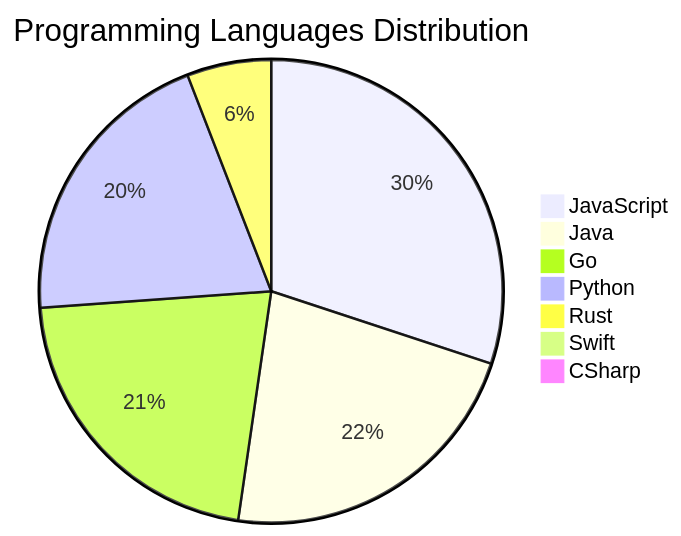
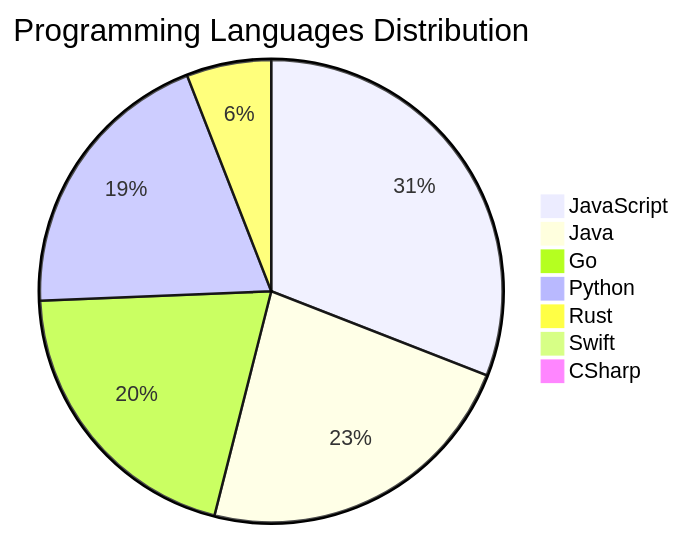
Before and after one commit to Derrick-MUGISHA/github-activity-bot: the diagram in README.md, drawn with Mermaid. The commit also changed other lines of this file and 4 other files, not shown here.

````diff
--- a/README.md
+++ b/README.md
@@ -207,10 +207,10 @@
 ```mermaid
 pie title Programming Languages Distribution
-    "JavaScript" : 46
-    "Java" : 34
-    "Go" : 33
-    "Python" : 31
+    "JavaScript" : 47
+    "Java" : 35
+    "Go" : 31
+    "Python" : 30
     "Rust" : 9
     "Swift" : 1
     "CSharp" : 1
 ```
````
